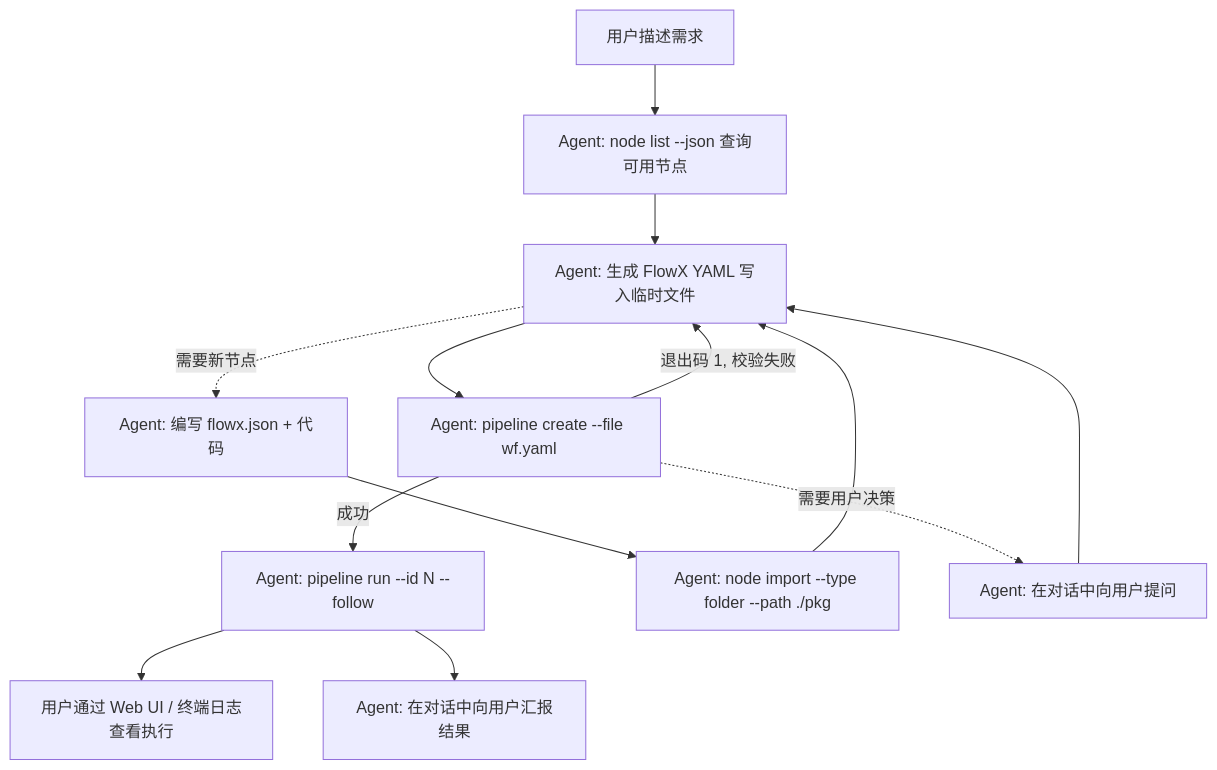
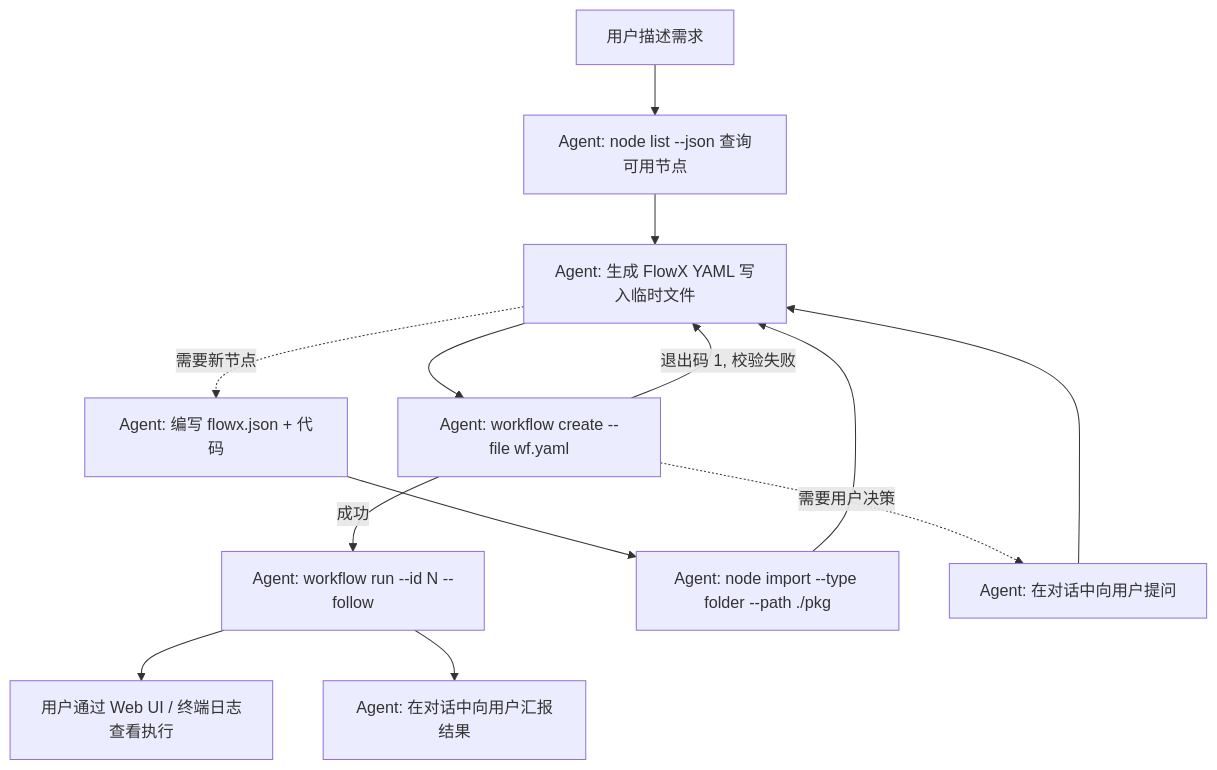
One commit to LerkoX/flowx-studio changed the third of 3 diagrams in docs/06-ai-service.md. Above: the diagram before and after it, drawn with Mermaid. The commit also changed other lines of this file and 58 other files, not shown here.

First line of the commit message:
refactor: 跟进 flowx Pipeline→Workflow 更名

````diff
--- a/docs/06-ai-service.md
+++ b/docs/06-ai-service.md
@@ -337,15 +337,15 @@
 ```mermaid
 flowchart TD
     A[用户描述需求] --> B[Agent: node list --json 查询可用节点]
     B --> C[Agent: 生成 FlowX YAML 写入临时文件]
-    C --> D[Agent: pipeline create --file wf.yaml]
+    C --> D[Agent: workflow create --file wf.yaml]
     D -->|退出码 1, 校验失败| C
-    D -->|成功| E[Agent: pipeline run --id N --follow]
+    D -->|成功| E[Agent: workflow run --id N --follow]
     E --> F[用户通过 Web UI / 终端日志查看执行]
     C -.需要新节点.-> G[Agent: 编写 flowx.json + 代码]
     G --> H[Agent: node import --type folder --path ./pkg]
     H --> C
     D -.需要用户决策.-> I[Agent: 在对话中向用户提问]
     I --> C
     E --> J[Agent: 在对话中向用户汇报结果]
 ```
````
